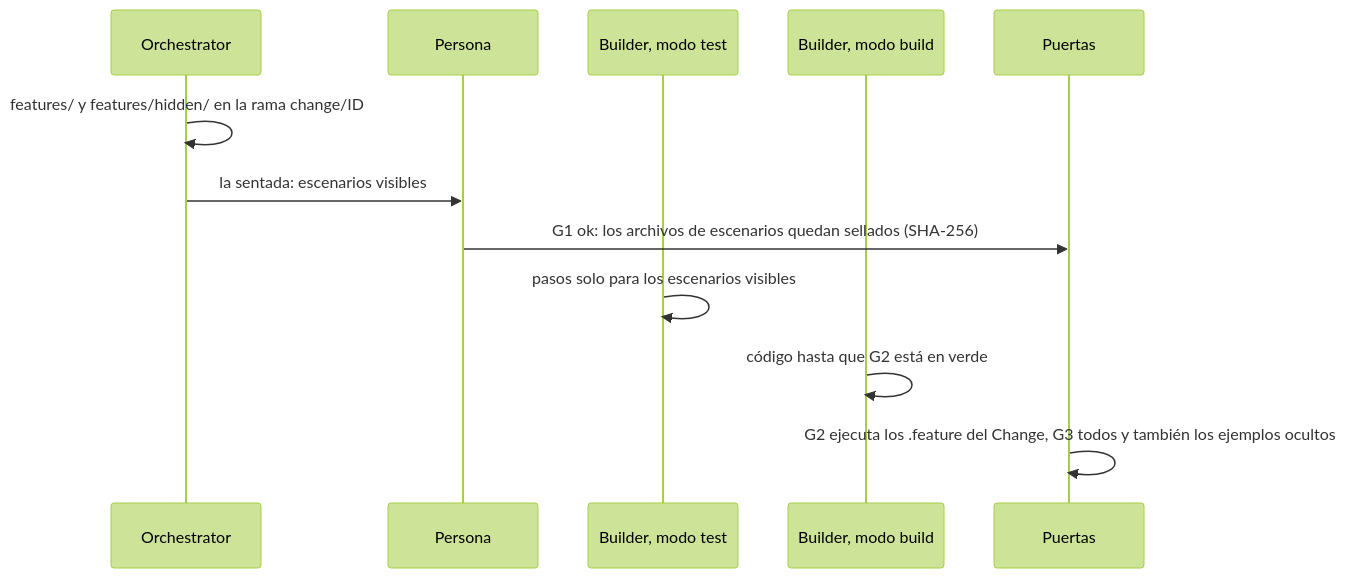
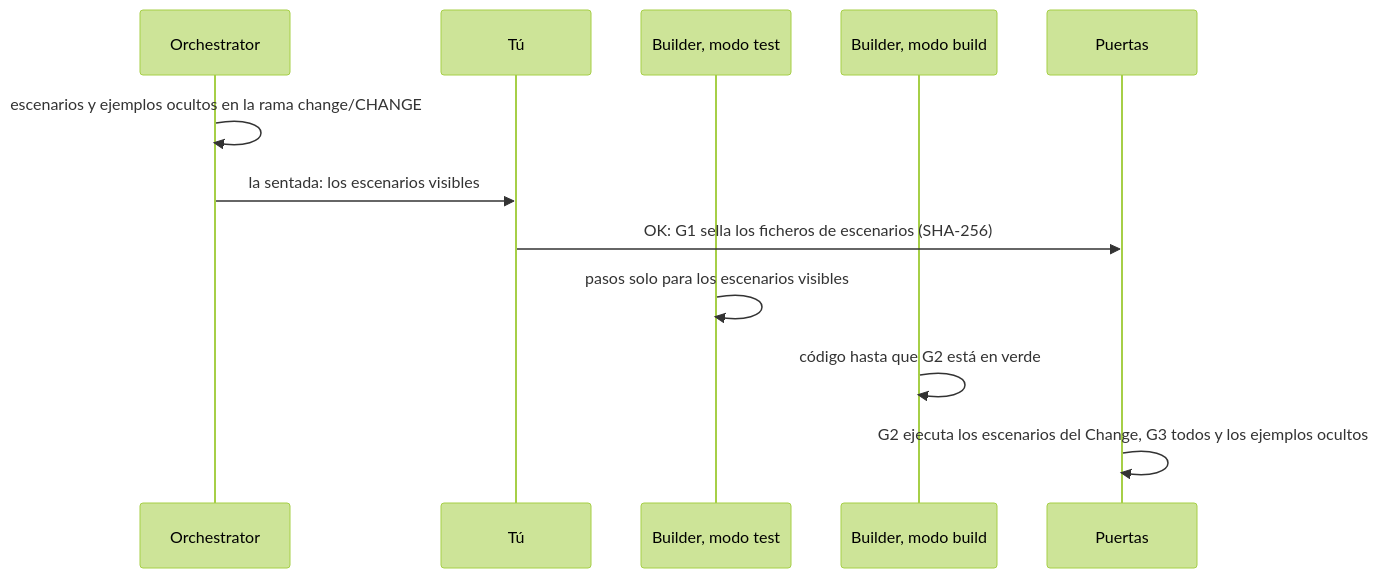
One commit to MarsGotta/gdd changed the diagram in docs/es/how-to/write-scenarios.md. Above: the diagram before and after it, drawn with Mermaid (forest theme). The commit also changed other lines of this file and 210 other files, not shown here.

````diff
--- a/docs/es/how-to/write-scenarios.md
+++ b/docs/es/how-to/write-scenarios.md
@@ -25,14 +28,14 @@
 ```mermaid
 sequenceDiagram
     participant O as Orchestrator
-    participant H as Persona
+    participant H as Tú
     participant T as Builder, modo test
     participant B as Builder, modo build
     participant G as Puertas
-    O->>O: features/ y features/hidden/ en la rama change/ID
-    O->>H: la sentada: escenarios visibles
-    H->>G: G1 ok: los archivos de escenarios quedan sellados (SHA-256)
+    O->>O: escenarios y ejemplos ocultos en la rama change/CHANGE
+    O->>H: la sentada: los escenarios visibles
+    H->>G: OK: G1 sella los ficheros de escenarios (SHA-256)
     T->>T: pasos solo para los escenarios visibles
     B->>B: código hasta que G2 está en verde
-    G->>G: G2 ejecuta los .feature del Change, G3 todos y también los ejemplos ocultos
+    G->>G: G2 ejecuta los escenarios del Change, G3 todos y los ejemplos ocultos
 ```
````
